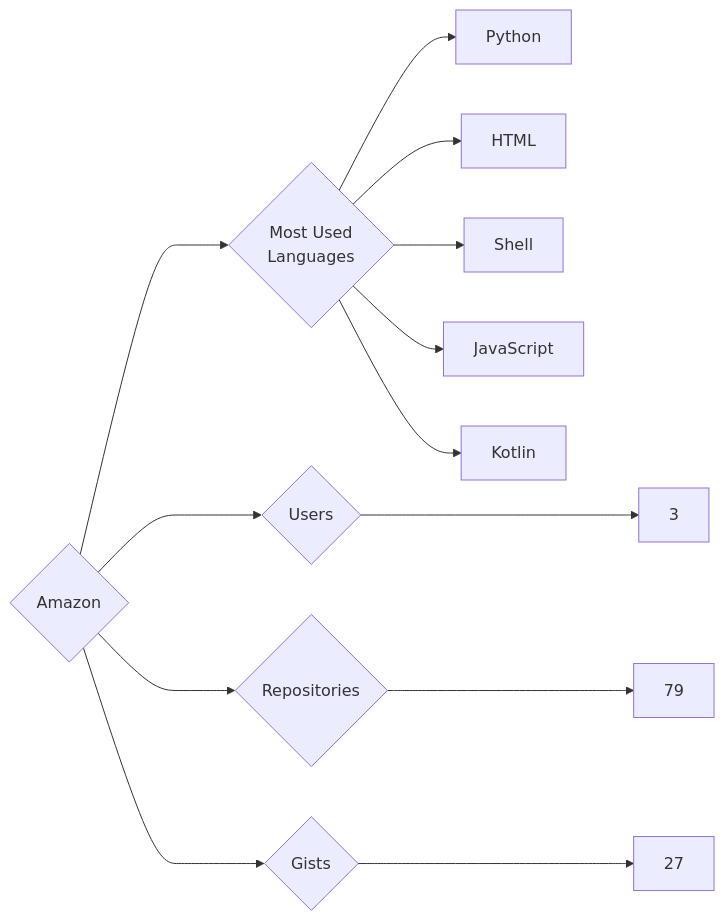
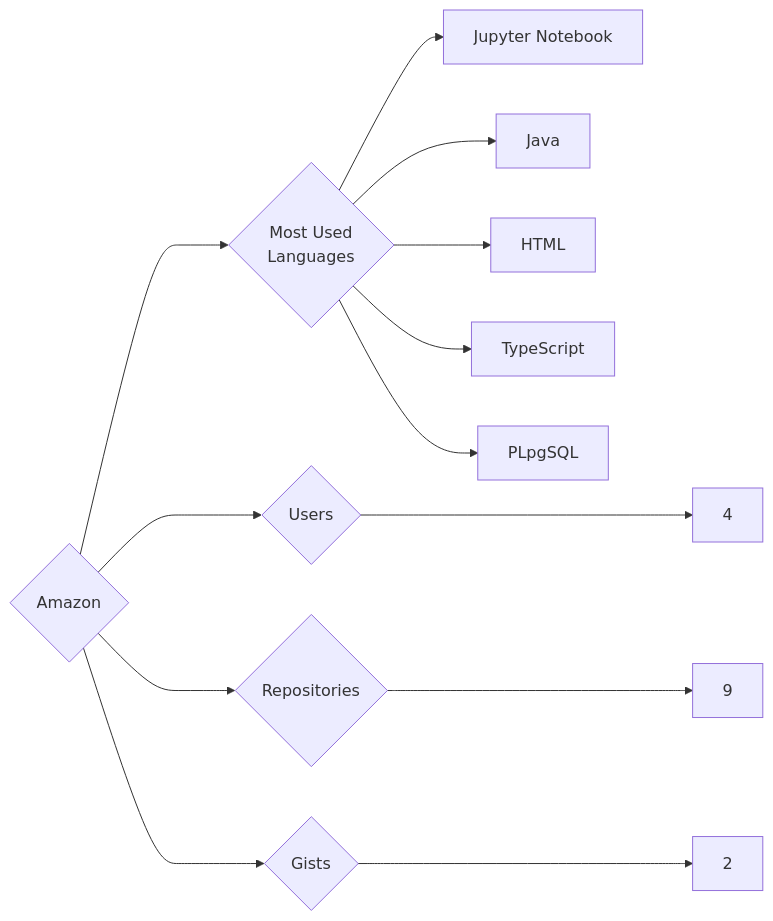
Before and after one commit to trickest/insiders: the diagram in targets/Amazon/README.md, drawn with Mermaid. The commit also changed 1036 other files, not shown here.

````diff
--- a/targets/Amazon/README.md
+++ b/targets/Amazon/README.md
@@ -3,13 +3,13 @@
 ```mermaid
 graph LR
 COMPANY_NAME{Amazon}
-COMPANY_NAME ---> U{Users} ---> UN[3]
-COMPANY_NAME ---> R{Repositories} ---> RN[79]
-COMPANY_NAME ---> G{Gists} ---> GN[27]
+COMPANY_NAME ---> U{Users} ---> UN[4]
+COMPANY_NAME ---> R{Repositories} ---> RN[9]
+COMPANY_NAME ---> G{Gists} ---> GN[2]
 COMPANY_NAME ---> ML{Most Used<br>Languages}
-ML --> Python[Python]
+ML --> Jupyter_Notebook[Jupyter Notebook]
+ML --> Java[Java]
 ML --> HTML[HTML]
-ML --> Shell[Shell]
-ML --> JavaScript[JavaScript]
-ML --> Kotlin[Kotlin]
+ML --> TypeScript[TypeScript]
+ML --> PLpgSQL[PLpgSQL]
 ```
````
